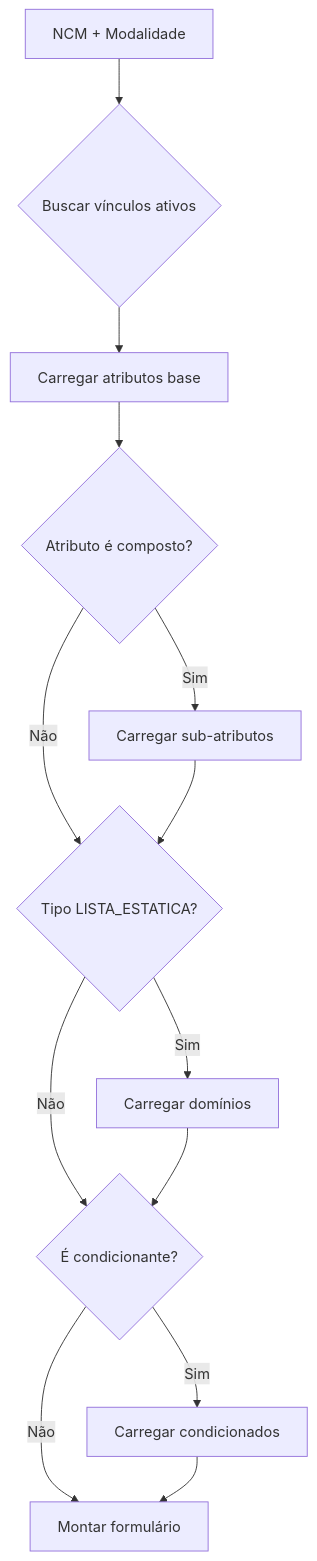
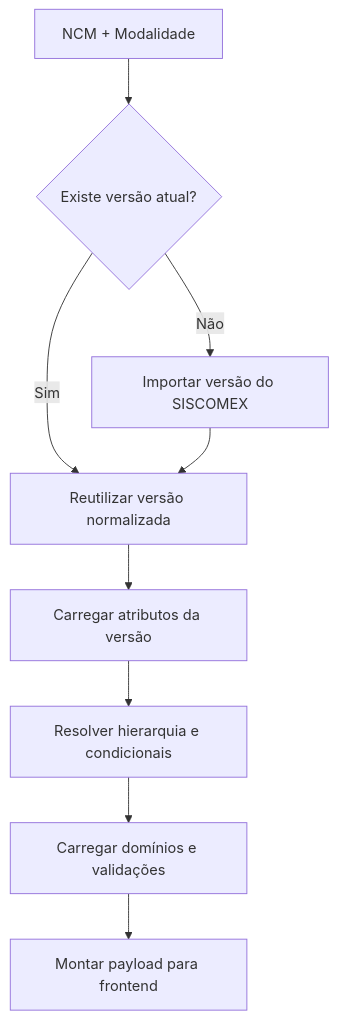
Before and after one commit to danielchaves22/catalogo-produtos: the second of 3 diagrams in docs/atributos_dinamicos/ATRIBUTOS_DINAMICOS.md, drawn with Mermaid. The commit also changed other lines of this file and 13 other files, not shown here.

````diff
--- a/docs/atributos_dinamicos/ATRIBUTOS_DINAMICOS.md
+++ b/docs/atributos_dinamicos/ATRIBUTOS_DINAMICOS.md
@@ -217,15 +117,11 @@
 ```mermaid
 flowchart TD
-    A[NCM + Modalidade] --> B{Buscar vínculos ativos}
-    B --> C[Carregar atributos base]
-    C --> D{Atributo é composto?}
-    D -->|Sim| E[Carregar sub-atributos]
-    D -->|Não| F{Tipo LISTA_ESTATICA?}
-    E --> F
-    F -->|Sim| G[Carregar domínios]
-    F -->|Não| H{É condicionante?}
-    G --> H
-    H -->|Sim| I[Carregar condicionados]
-    H -->|Não| J[Montar formulário]
-    I --> J
+    A[NCM + Modalidade] --> B{Existe versão atual?}
+    B -->|Não| C[Importar versão do SISCOMEX]
+    B -->|Sim| D[Reutilizar versão normalizada]
+    C --> D
+    D --> E[Carregar atributos da versão]
+    E --> F[Resolver hierarquia e condicionais]
+    F --> G[Carregar domínios e validações]
+    G --> H[Montar payload para frontend]
 ```
````
